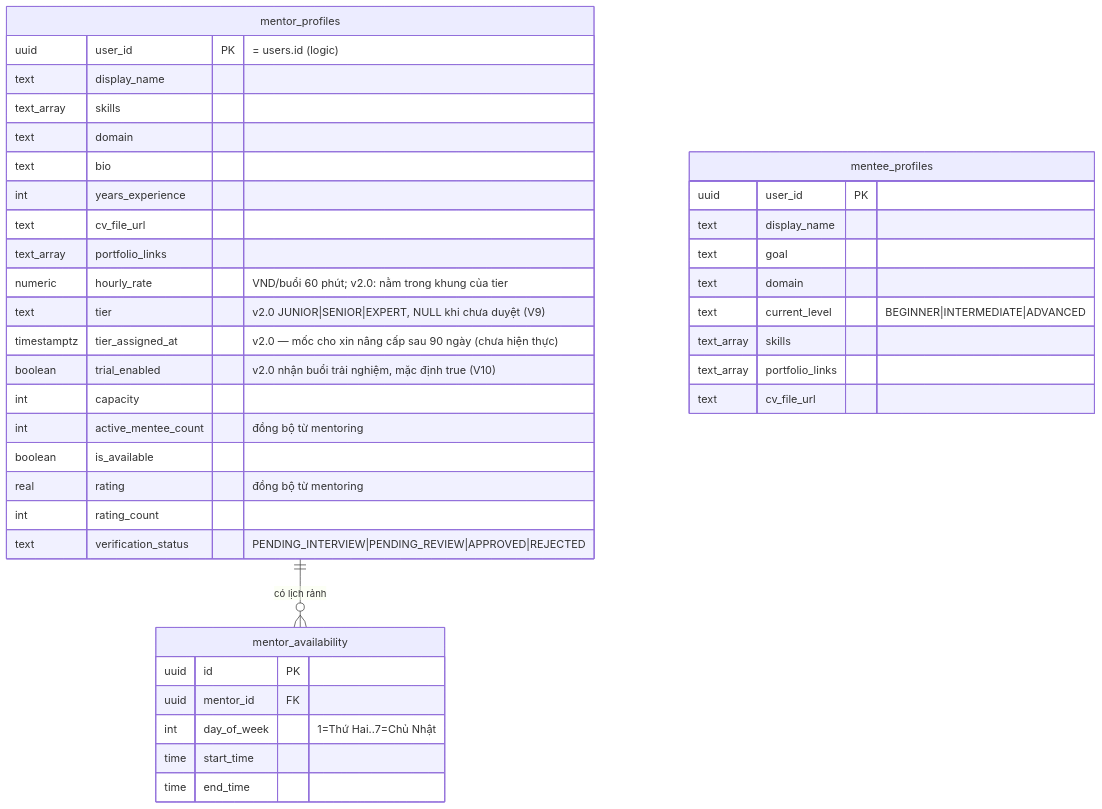
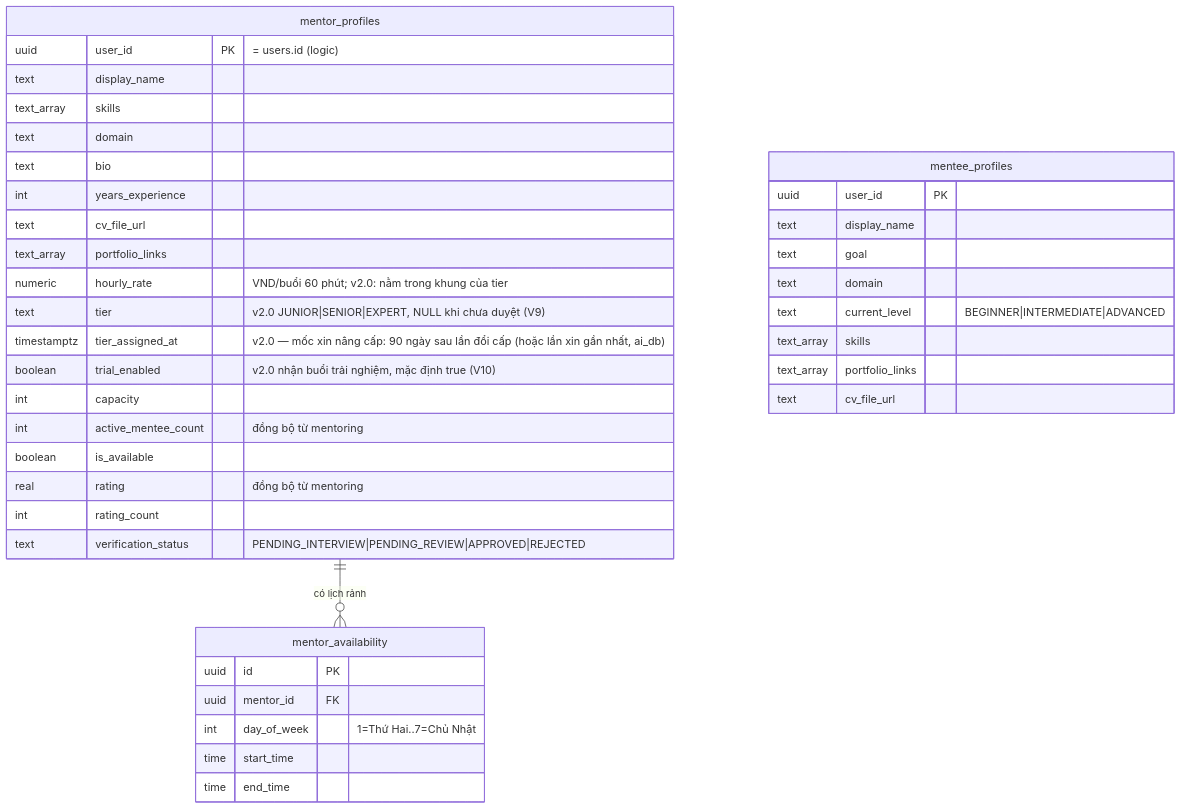
Before and after one commit to quangpham10212004/do_an_2026: the second of 8 diagrams in docs/database-design.md, drawn with Mermaid. The commit also changed other lines of this file and 20 other files, not shown here.

````diff
--- a/docs/database-design.md
+++ b/docs/database-design.md
@@ -64,41 +64,41 @@
 ```mermaid
 erDiagram
     mentor_profiles ||--o{ mentor_availability : "có lịch rảnh"
     mentor_profiles {
         uuid user_id PK "= users.id (logic)"
         text display_name
         text_array skills
         text domain
         text bio
         int years_experience
         text cv_file_url
         text_array portfolio_links
         numeric hourly_rate "VND/buổi 60 phút; v2.0: nằm trong khung của tier"
         text tier "v2.0 JUNIOR|SENIOR|EXPERT, NULL khi chưa duyệt (V9)"
-        timestamptz tier_assigned_at "v2.0 — mốc cho xin nâng cấp sau 90 ngày (chưa hiện thực)"
+        timestamptz tier_assigned_at "v2.0 — mốc xin nâng cấp: 90 ngày sau lần đổi cấp (hoặc lần xin gần nhất, ai_db)"
         boolean trial_enabled "v2.0 nhận buổi trải nghiệm, mặc định true (V10)"
         int capacity
         int active_mentee_count "đồng bộ từ mentoring"
         boolean is_available
         real rating "đồng bộ từ mentoring"
         int rating_count
         text verification_status "PENDING_INTERVIEW|PENDING_REVIEW|APPROVED|REJECTED"
     }
     mentee_profiles {
         uuid user_id PK
         text display_name
         text goal
         text domain
         text current_level "BEGINNER|INTERMEDIATE|ADVANCED"
         text_array skills
         text_array portfolio_links
         text cv_file_url
     }
     mentor_availability {
         uuid id PK
         uuid mentor_id FK
         int day_of_week "1=Thứ Hai..7=Chủ Nhật"
         time start_time
         time end_time
     }
 ```
````
